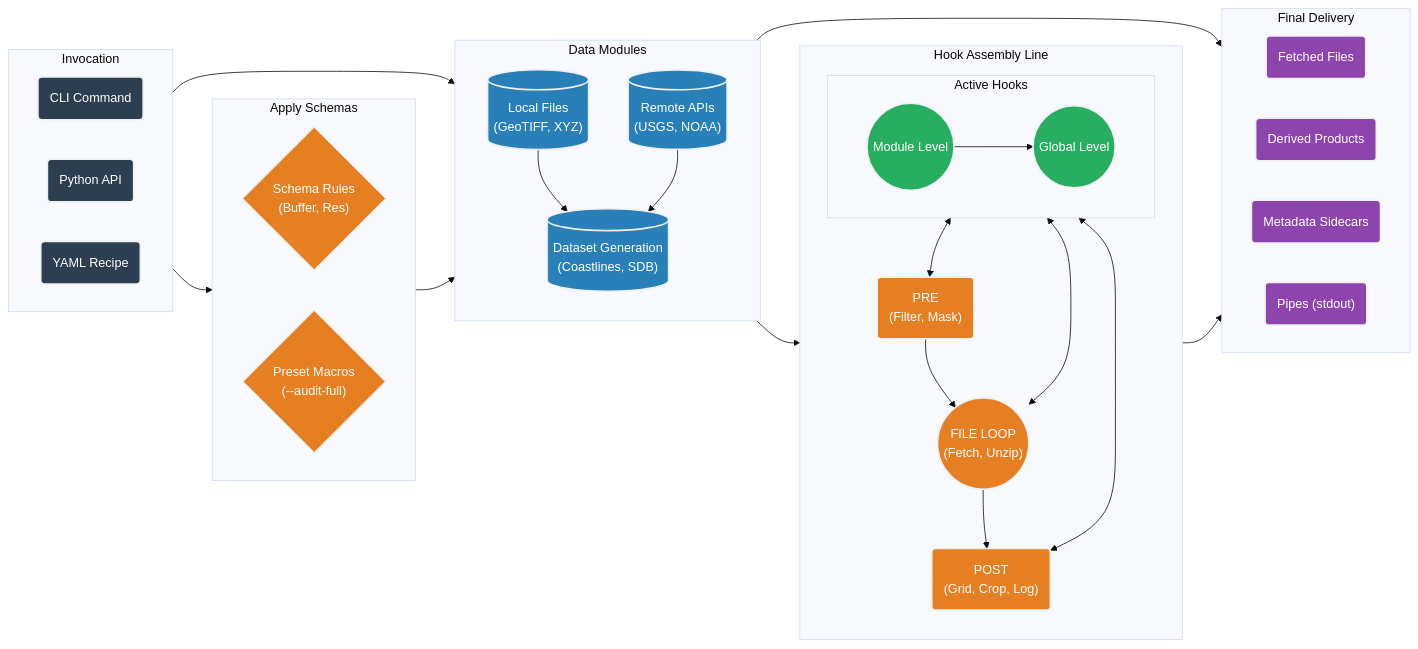
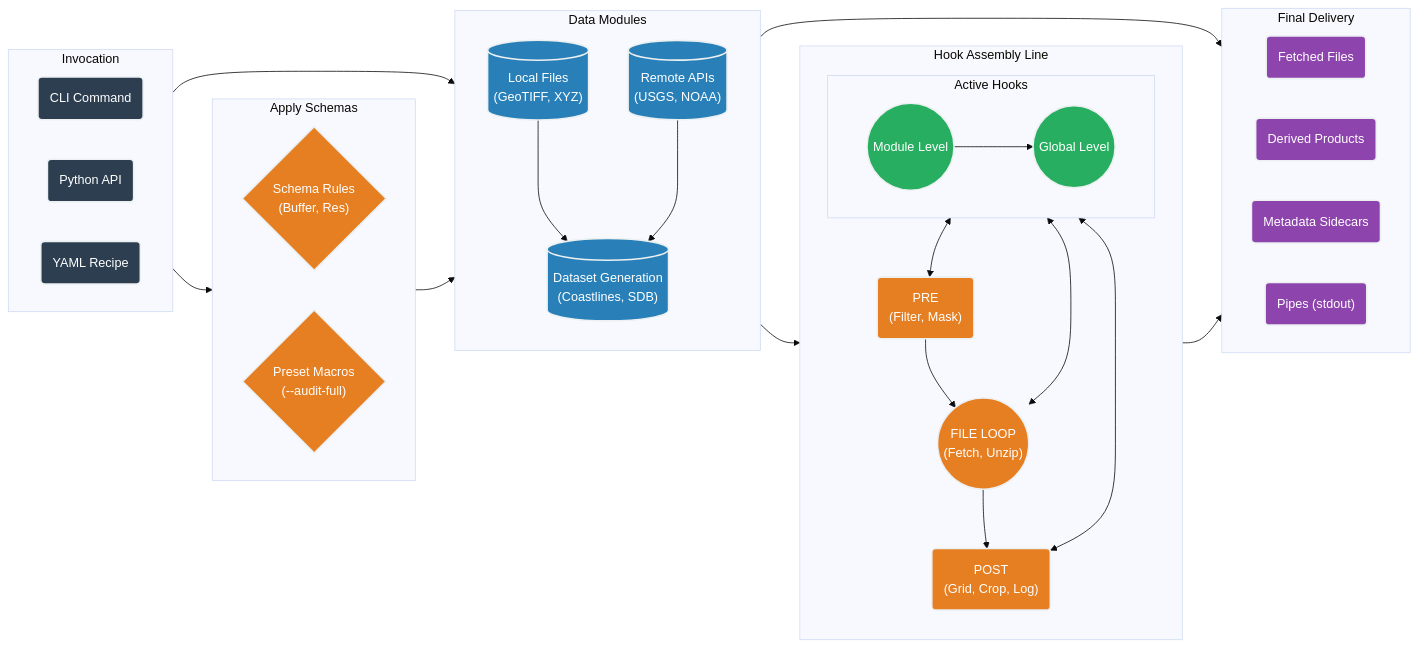
Before and after one commit to continuous-dems/fetchez: the diagram in README.md, drawn with Mermaid (base theme).

Commit message:
mermaid test

````diff
--- a/README.md
+++ b/README.md
@@ -17,76 +17,75 @@
 ```mermaid
 flowchart LR
     %% Custom Styling
     classDef input fill:#2c3e50,stroke:#ecf0f1,stroke-width:2px,color:#fff,rx:5px,ry:5px;
     classDef engine fill:#e67e22,stroke:#ecf0f1,stroke-width:2px,color:#fff,rx:5px,ry:5px;
     classDef module fill:#2980b9,stroke:#ecf0f1,stroke-width:2px,color:#fff,rx:5px,ry:5px;
     classDef hook fill:#27ae60,stroke:#ecf0f1,stroke-width:2px,color:#fff,rx:5px,ry:5px;
     classDef output fill:#8e44ad,stroke:#ecf0f1,stroke-width:2px,color:#fff,rx:5px,ry:5px;
 
     %% 1. Inputs
     subgraph Inputs ["Invocation"]
         direction LR
         CLI("CLI Command"):::input
         API("Python API"):::input
         Recipe("YAML Recipe"):::input
     end
 
     %% 2. Orchestration
     subgraph Schemas ["Apply Schemas"]
         direction LR
         Schema{"Schema Rules<br/>(Buffer, Res)"}:::engine
         Presets{"Preset Macros<br/>(--audit-full)"}:::engine
     end
 
     %% 3. Data Sources
     subgraph Sources ["Data Modules"]
         direction TB
         Remote[("Remote APIs<br/>(USGS, NOAA)")]:::module
         Local[("Local Files<br/>(GeoTIFF, XYZ)")]:::module
         Tools[("Dataset Generation<br/>(Coastlines, SDB)")]:::module
 
-        Local --> Tools
-        Remote --> Tools
+        Local ---> Tools
+        Remote ---> Tools
     end
 
     %% 4. The Pipeline
     subgraph Pipeline ["Hook Assembly Line"]
         direction TB
 
         subgraph HookTypes ["Active Hooks"]
             direction LR
             ModHooks(("Module Level")):::hook
             GlobHooks(("Global Level")):::hook
             ModHooks --> GlobHooks
         end
 
         Pre("PRE<br/>(Filter, Mask)"):::engine
         File(("FILE LOOP<br/>(Fetch, Unzip)")):::engine
         Post("POST<br/>(Grid, Crop, Log)"):::engine
 
         Pre --> File --> Post
 
-        %% Invisible link to force side-by-side rendering inside the subgraph
         HookTypes ~~~ Pre
         Pre <--> HookTypes
         File <--> HookTypes
         Post <--> HookTypes
     end
 
     %% 5. Outputs
     subgraph Out ["Final Delivery"]
         direction LR
         Files("Fetched Files"):::output
         Products("Derived Products"):::output
         Metadata("Metadata Sidecars"):::output
         Pipes("Pipes (stdout)"):::output
     end
 
     %% Connections
     Inputs --> Schemas
     Inputs --> Sources
     Schemas --> Sources
     Sources --> Pipeline
     Sources --> Out
     Pipeline --> Out
 ```
````
